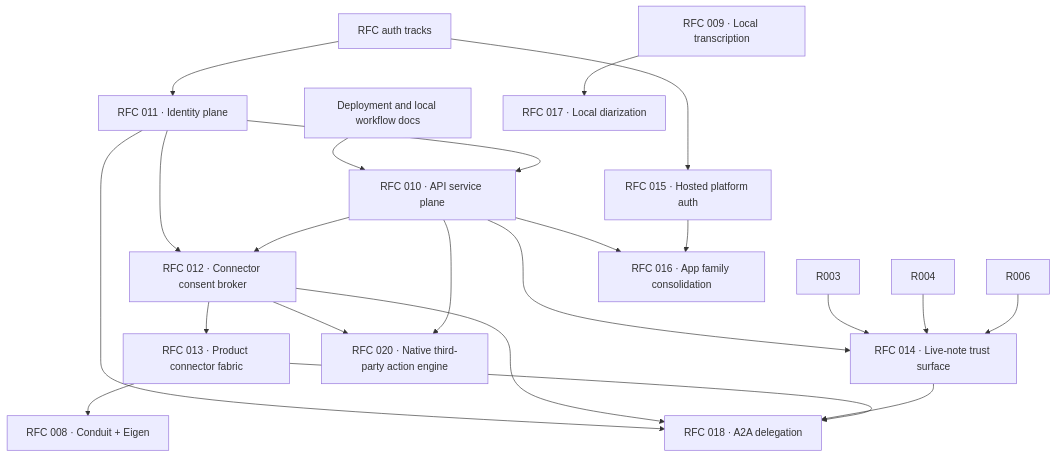
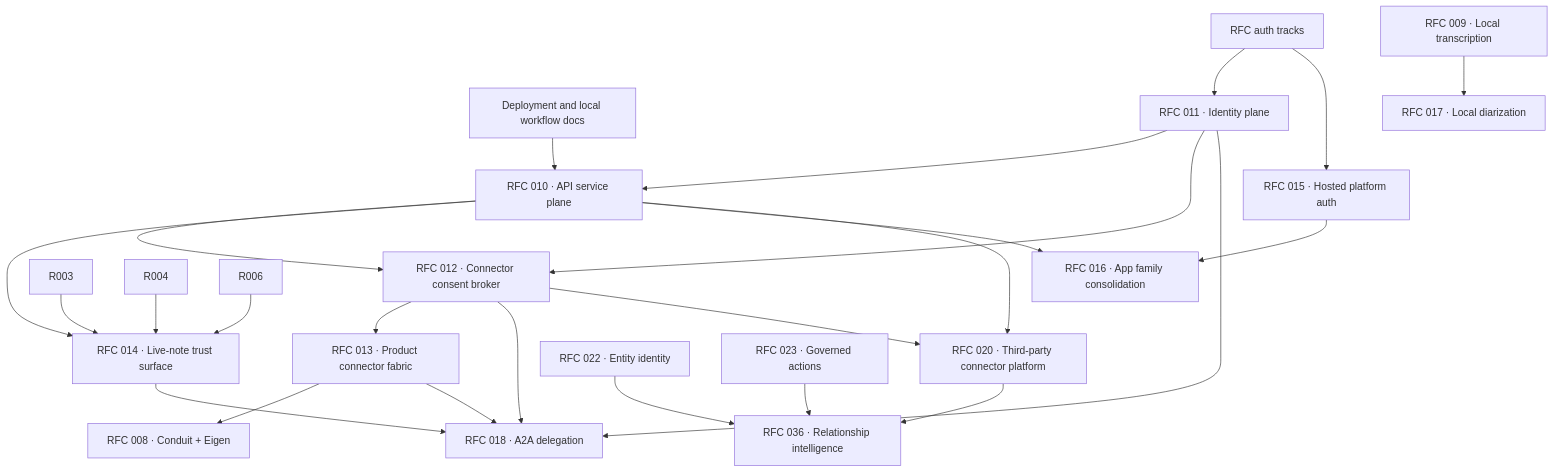
The second of 3 diagrams in apps/rfc/README.md (Oppulence-Engineering/Desktop-Assistant), drawn with Mermaid before and after one commit. The commit also changed other lines of this file and 4 other files, not shown here.

Commit message:
docs: define relationship intelligence and connector platform

````diff
--- a/apps/rfc/README.md
+++ b/apps/rfc/README.md
@@ -268,29 +265,32 @@
 ```mermaid
 flowchart TD
     OPS[Deployment and local workflow docs] --> R010[RFC 010 · API service plane]
     AUTH[RFC auth tracks] --> R011[RFC 011 · Identity plane]
     AUTH --> R015[RFC 015 · Hosted platform auth]
 
     R011 --> R010
     R011 --> R012[RFC 012 · Connector consent broker]
     R010 --> R012
     R012 --> R013[RFC 013 · Product connector fabric]
     R013 --> R008X[RFC 008 · Conduit + Eigen]
 
     R010 --> R014[RFC 014 · Live-note trust surface]
     R003 --> R014
     R004 --> R014
     R006 --> R014
 
     R010 --> R016[RFC 016 · App family consolidation]
     R015 --> R016
     R009[RFC 009 · Local transcription] --> R017[RFC 017 · Local diarization]
 
     R011 --> R018[RFC 018 · A2A delegation]
     R012 --> R018
     R014 --> R018
     R013 --> R018
 
-    R012 --> R020[RFC 020 · Native third-party action engine]
+    R012 --> R020[RFC 020 · Third-party connector platform]
     R010 --> R020
+    R022[RFC 022 · Entity identity] --> R036[RFC 036 · Relationship intelligence]
+    R020 --> R036
+    R023[RFC 023 · Governed actions] --> R036
 ```
````
